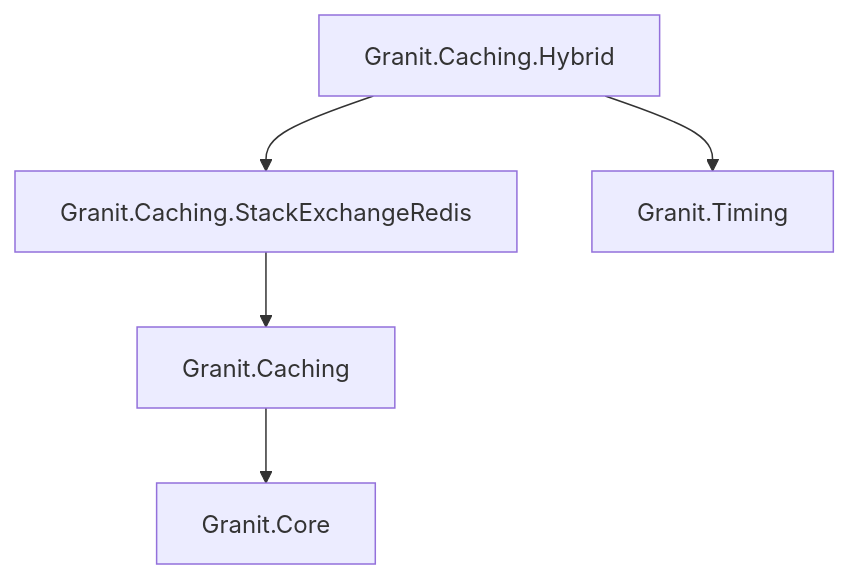
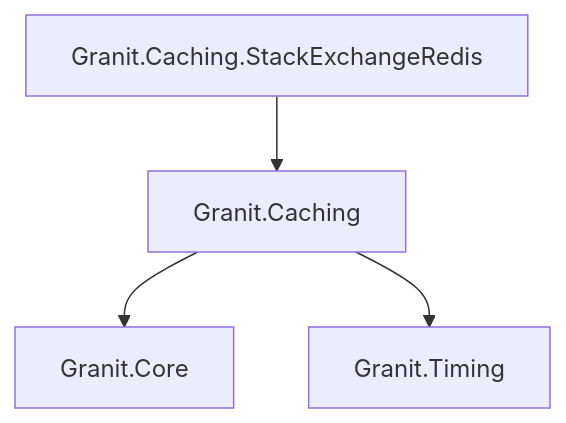
One commit to granit-fx/granit-dotnet changed the first of 4 diagrams in docs-site/src/content/docs/dotnet/data/caching.mdx. Above: the diagram before and after it, drawn with Mermaid. The commit also changed other lines of this file and 219 other files, not shown here.

````diff
--- a/docs-site/src/content/docs/dotnet/data/caching.mdx
+++ b/docs-site/src/content/docs/dotnet/data/caching.mdx
@@ -32,7 +32,6 @@
 ```mermaid
 graph TD
     C[Granit.Caching] --> CO[Granit.Core]
+    C --> T[Granit.Timing]
     R[Granit.Caching.StackExchangeRedis] --> C
-    H[Granit.Caching.Hybrid] --> R
-    H --> T[Granit.Timing]
 ```
````
